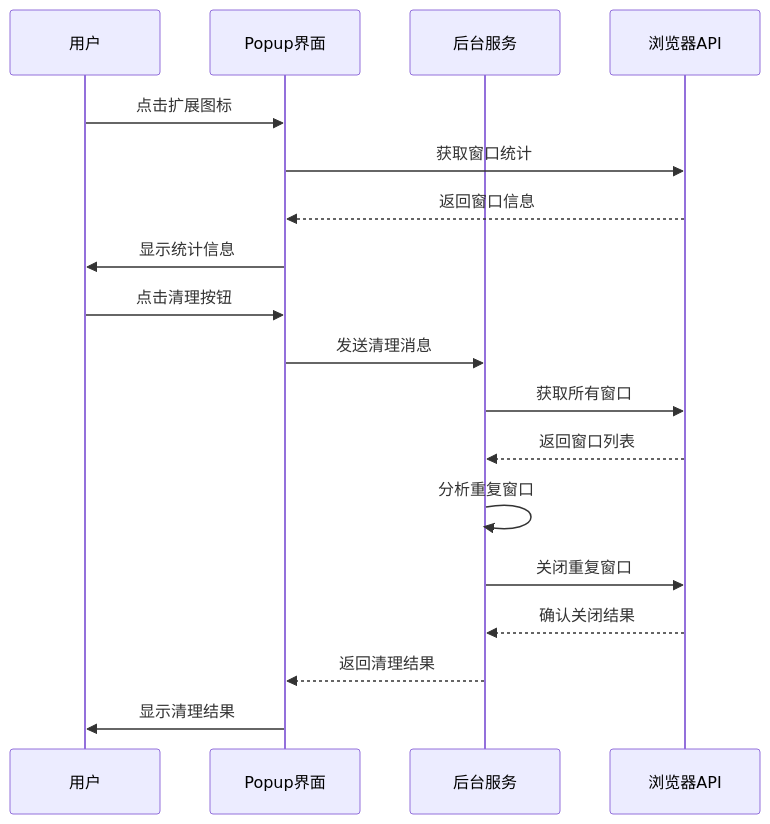
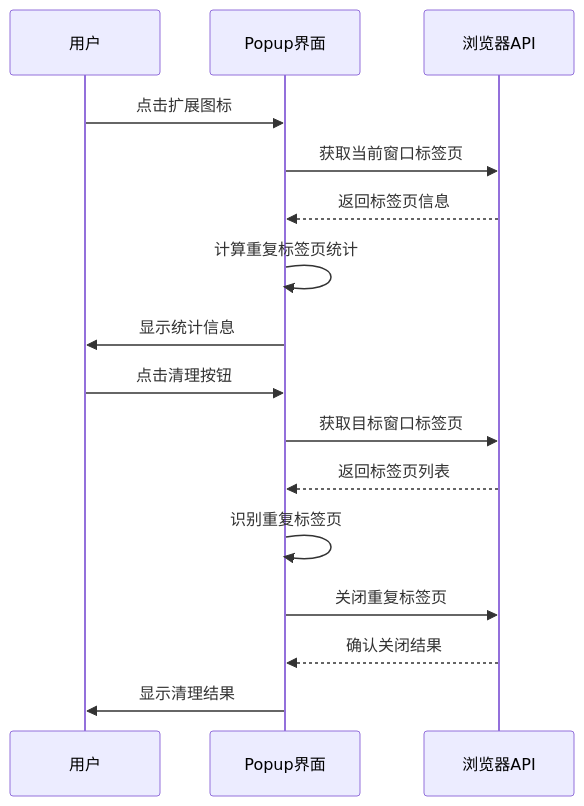
One commit to xieweixiewei/clear changed the second of 2 diagrams in .kiro/specs/duplicate-window-cleaner/design.md. Above: the diagram before and after it, drawn with Mermaid. The commit also changed other lines of this file and 2 other files, not shown here.

````diff
--- a/.kiro/specs/duplicate-window-cleaner/design.md
+++ b/.kiro/specs/duplicate-window-cleaner/design.md
@@ -35,22 +29,20 @@
 ```mermaid
 sequenceDiagram
     participant U as 用户
     participant P as Popup界面
-    participant B as 后台服务
     participant A as 浏览器API
     
     U->>P: 点击扩展图标
-    P->>A: 获取窗口统计
-    A-->>P: 返回窗口信息
+    P->>A: 获取当前窗口标签页
+    A-->>P: 返回标签页信息
+    P->>P: 计算重复标签页统计
     P->>U: 显示统计信息
     
     U->>P: 点击清理按钮
-    P->>B: 发送清理消息
-    B->>A: 获取所有窗口
-    A-->>B: 返回窗口列表
-    B->>B: 分析重复窗口
-    B->>A: 关闭重复窗口
-    A-->>B: 确认关闭结果
-    B-->>P: 返回清理结果
+    P->>A: 获取目标窗口标签页
+    A-->>P: 返回标签页列表
+    P->>P: 识别重复标签页
+    P->>A: 关闭重复标签页
+    A-->>P: 确认关闭结果
     P->>U: 显示清理结果
 ```
````
